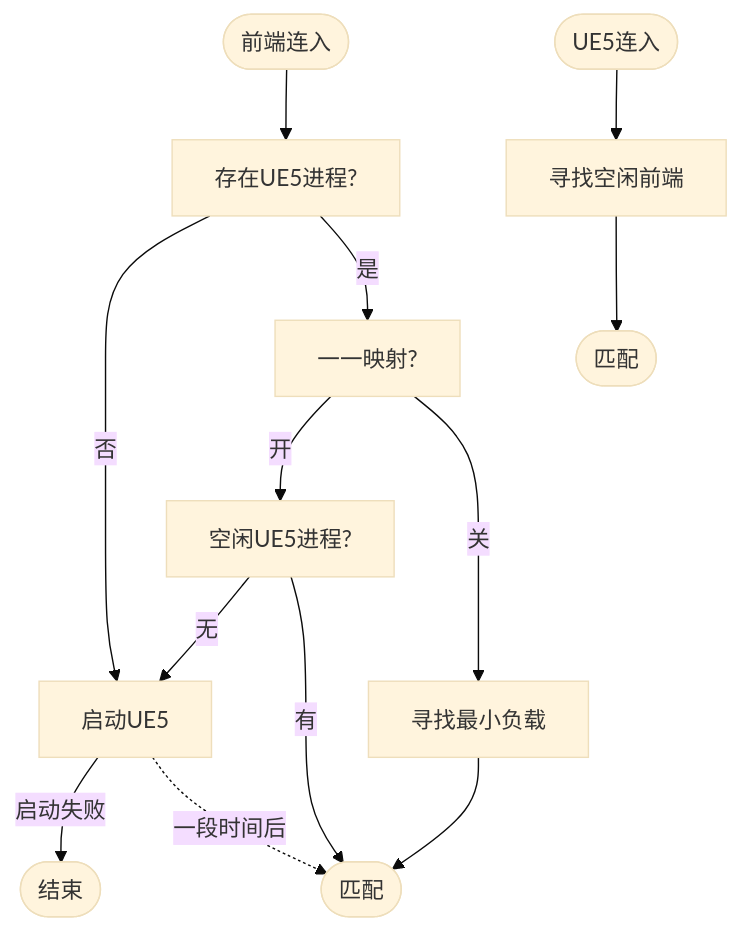
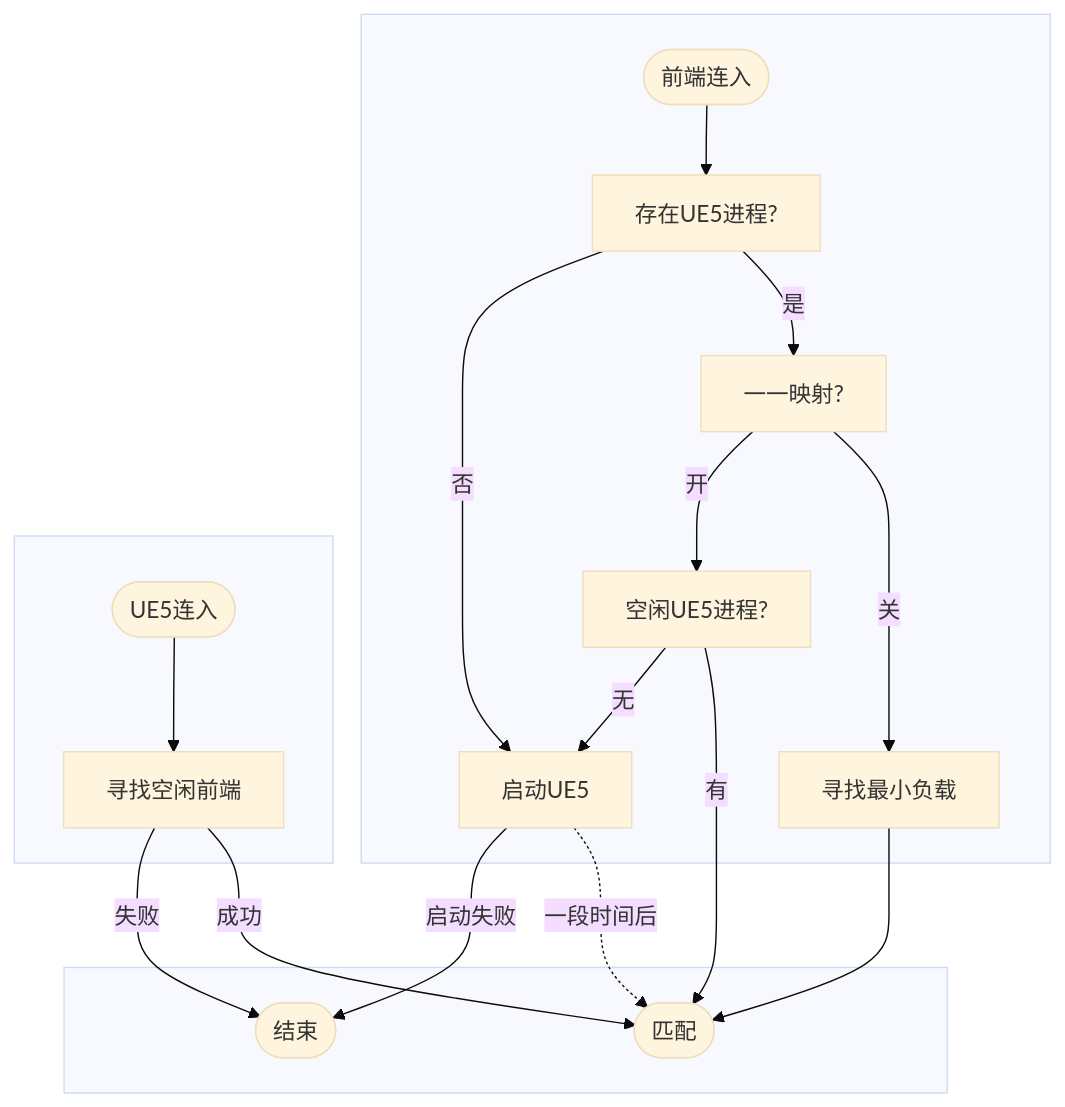
One commit to Mu-L/peer-stream changed the diagram in README-zh.md. Above: the diagram before and after it, drawn with Mermaid (base theme).

````diff
--- a/README-zh.md
+++ b/README-zh.md
@@ -65,24 +65,37 @@
 ```mermaid
 flowchart TD;
-    map121[一一映射?];
-    match([匹配]);
-    finish([结束]);
-    UE5[存在UE5进程?];
-    join([前端连入]);
-    start[启动UE5];
-    idle[空闲UE5进程?];
-    min[寻找最小负载];
+        
+
+    subgraph  
+        finish([结束]);
+        match([匹配]);
+    end
     
-    a([UE5连入]) --> 寻找空闲前端 --> b([匹配]);
- 
-    join --> UE5;
-    UE5 --否--> start;
-    start --启动失败--> finish;
-    start -.一段时间后.-> match;
-    UE5 --是--> map121;
-    map121 --开--> idle; 
-    idle --无--> start;
-    idle --有--> match;
-    map121 --关--> min --> match;
+        start -.一段时间后.-> match;
+        idle --有--> match;
+        start --启动失败--> finish;
+        map121 --关--> min --> match;  
+
+    subgraph  
+        map121[一一映射?];
+        UE5[存在UE5进程?];
+        join([前端连入]);
+        start[启动UE5];
+        idle[空闲UE5进程?];
+        min[寻找最小负载];
+    
+        join --> UE5;
+        idle --无--> start;
+        UE5 --是--> map121;
+        map121 --开--> idle; 
+        UE5 --否--> start;
+    end
+    
+    subgraph  
+        a([UE5连入]) --> 寻找空闲前端  ;
+    
+        寻找空闲前端 --成功--> match;
+        寻找空闲前端 --失败--> finish;
+    end
 
 ```
````
